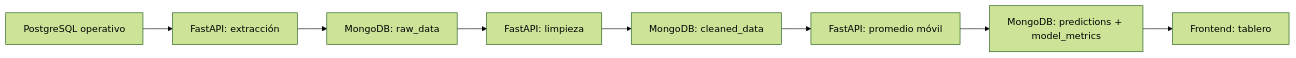
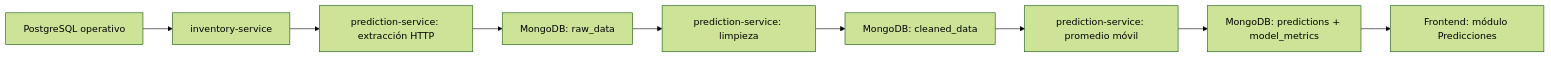
The fourth of 4 diagrams in docs/LIBRO_BASE_NOSQL.md (Marlon271/FarmaExpres-Micro-NoSQL), drawn with Mermaid (forest theme) before and after one commit. The commit also changed other lines of this file and 14 other files, not shown here.

Commit message:
docs(predictions): document integrated NoSQL workflow

````diff
--- a/docs/LIBRO_BASE_NOSQL.md
+++ b/docs/LIBRO_BASE_NOSQL.md
@@ -209,10 +216,11 @@
 ```mermaid
 flowchart LR
-    A["PostgreSQL operativo"] --> B["FastAPI: extracción"]
-    B --> C["MongoDB: raw_data"]
-    C --> D["FastAPI: limpieza"]
-    D --> E["MongoDB: cleaned_data"]
-    E --> F["FastAPI: promedio móvil"]
-    F --> G["MongoDB: predictions + model_metrics"]
-    G --> H["Frontend: tablero"]
+    A["PostgreSQL operativo"] --> B["inventory-service"]
+    B --> C["prediction-service: extracción HTTP"]
+    C --> D["MongoDB: raw_data"]
+    D --> E["prediction-service: limpieza"]
+    E --> F["MongoDB: cleaned_data"]
+    F --> G["prediction-service: promedio móvil"]
+    G --> H["MongoDB: predictions + model_metrics"]
+    H --> I["Frontend: módulo Predicciones"]
 ```
````
